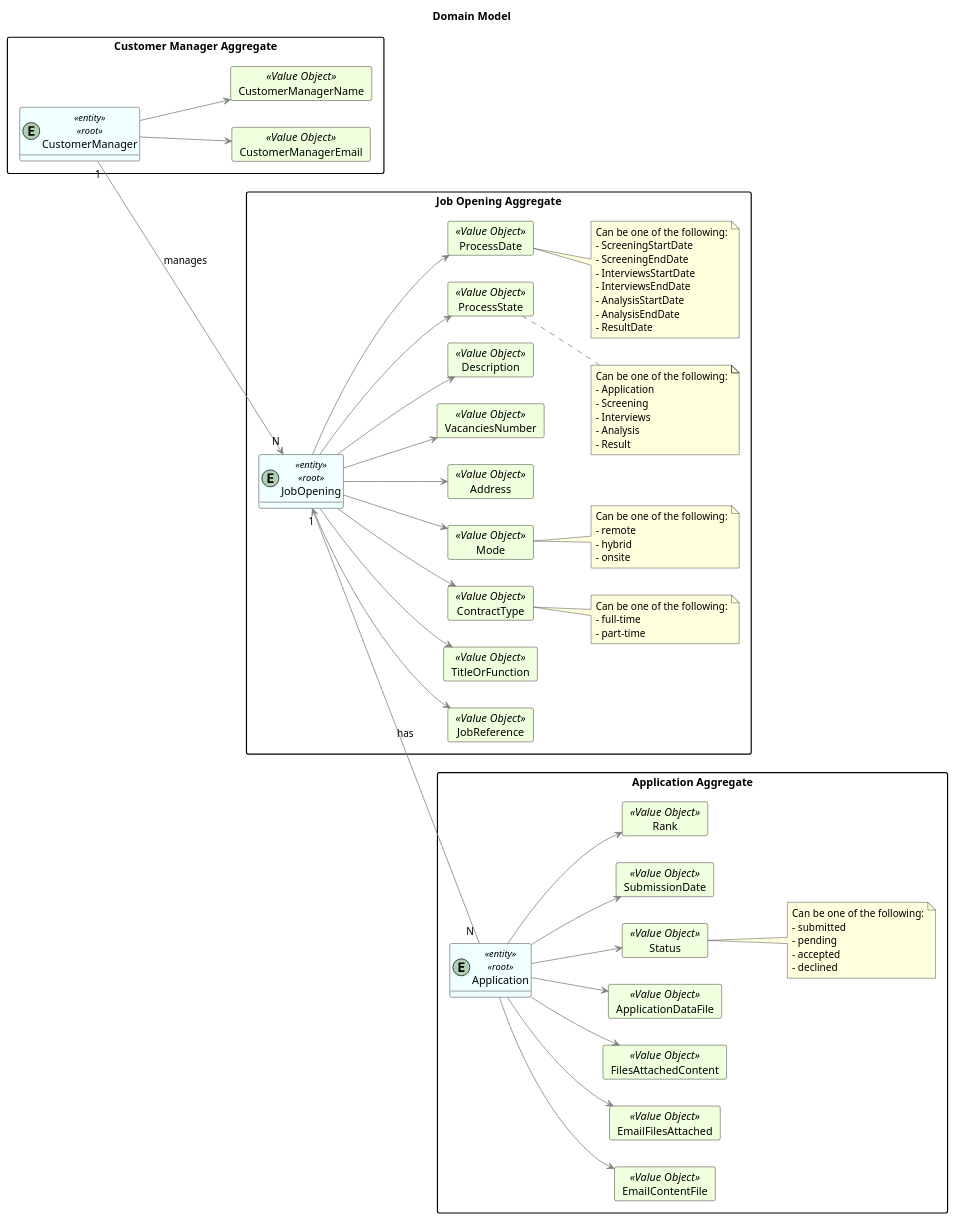
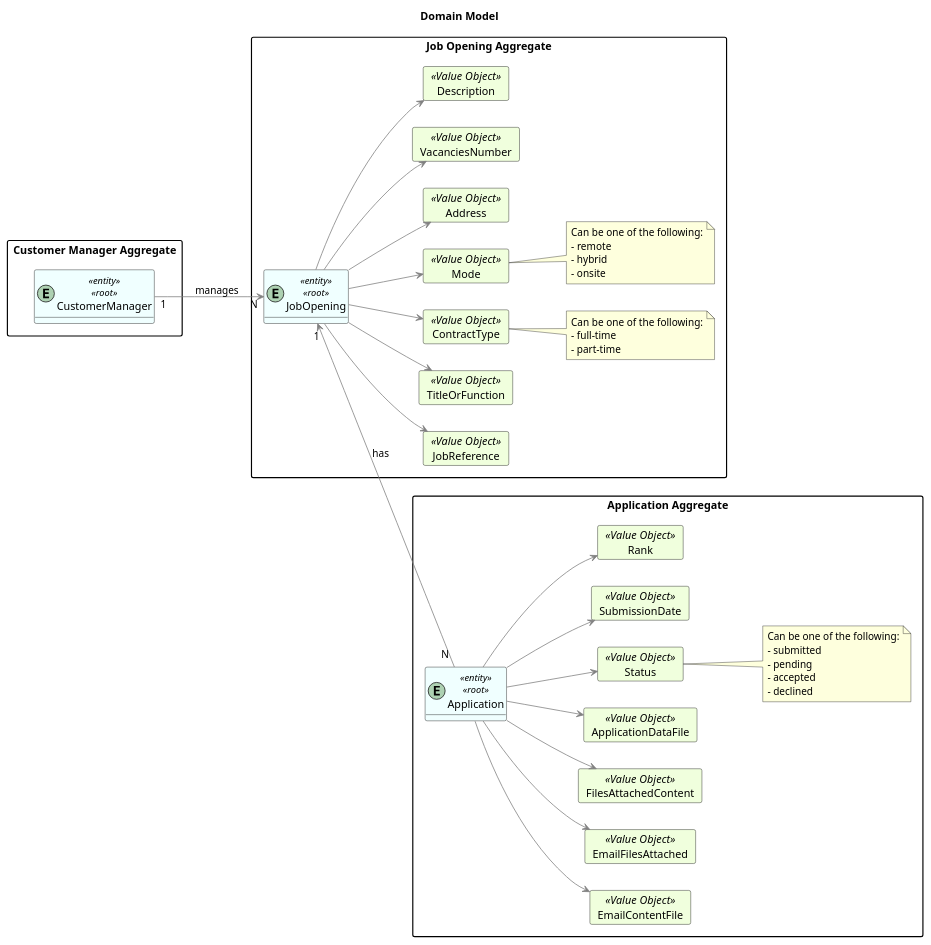
One commit to MiguelCardoso77/LAPR4 changed the diagram in docs/SprintB/1005/1005-domain-model.puml. Above: the diagram before and after it, drawn with PlantUML.

Commit message:
1005 - Updates on domain model - #16

```diff
--- a/docs/SprintB/1005/1005-domain-model.puml
+++ b/docs/SprintB/1005/1005-domain-model.puml
@@ -1,147 +1,114 @@
 @startuml
 hide methods
 left to right direction
 'skinparam linetype ortho
 
 Title "Domain Model"
 
 skinparam class {
     LifeLineBorderColor DarkBlue
     LifeLineBackgroundColor APPLICATION
     BackgroundColor #F0FFFF
     ArrowColor grey
     BorderColor black
 }
 
 skinparam packageStyle rectangle
 
 skinparam card {
     LifeLineBorderColor Green
     LifeLineBackgroundColor APPLICATION
     BackgroundColor #F0FFDD
     ArrowColor DarkGrey
     BorderColor Black
 }
 
 
 
 package "Job Opening Aggregate"{
 entity JobOpening <<entity>><<root>>
 
     card JobReference <<Value Object>> {
     }
     card TitleOrFunction <<Value Object>> {
     }
     card ContractType <<Value Object>> {
     }
     card Mode <<Value Object>> {
     }
     card Address <<Value Object>> {
     }
     card VacanciesNumber <<Value Object>> {
     }
     card Description <<Value Object>> {
     }
-    card ProcessState <<Value Object>> {
-    }
-    card ProcessDate <<Value Object>> {
-    }
 
     JobOpening --> JobReference
     JobOpening --> TitleOrFunction
     JobOpening --> ContractType
     JobOpening --> Mode
     JobOpening --> Address
     JobOpening --> VacanciesNumber
     JobOpening --> Description
-    JobOpening --> ProcessState
-    JobOpening --> ProcessDate
 
     note right of ContractType
         Can be one of the following:
         - full-time
         - part-time
     end note
 
     note right of Mode
          Can be one of the following:
          - remote
          - hybrid
          - onsite
     end note
 
-    note right of ProcessDate
-                  Can be one of the following:
-                  - ScreeningStartDate
-                  - ScreeningEndDate
-                  - InterviewsStartDate
-                  - InterviewsEndDate
-                  - AnalysisStartDate
-                  - AnalysisEndDate
-                  - ResultDate
-    end note
-
-    note right of ProcessState
-            Can be one of the following:
-            - Application
-            - Screening
-            - Interviews
-            - Analysis
-            - Result
-    end note
 }
-
-
 package "Application Aggregate"{
 entity Application <<entity>><<root>>
 
     card EmailContentFile <<Value Object>> {
     }
     card EmailFilesAttached <<Value Object>>{
     }
     card FilesAttachedContent <<Value Object>>{
     }
     card ApplicationDataFile <<Value Object>>{
     }
     card Status <<Value Object>>{
     }
     card SubmissionDate <<Value Object>>{
     }
     card Rank <<Value Object>>{
     }
 
     Application --> EmailContentFile
     Application --> EmailFilesAttached
     Application --> FilesAttachedContent
     Application --> ApplicationDataFile
     Application --> Status
     Application --> SubmissionDate
     Application --> Rank
 
     note right of Status
         Can be one of the following:
         - submitted
         - pending
         - accepted
         - declined
     end note
+
 }
 
 
 package "Customer Manager Aggregate"{
 entity CustomerManager <<entity>><<root>>
 
-    card CustomerManagerEmail <<Value Object>> {
-    }
-    card CustomerManagerName <<Value Object>> {
-    }
-
-    CustomerManager --> CustomerManagerEmail
-    CustomerManager --> CustomerManagerName
 }
 
 CustomerManager "1" --> "N" JobOpening : manages
 
     JobOpening "1" <-- "N " Application : has
 
 @enduml
```
